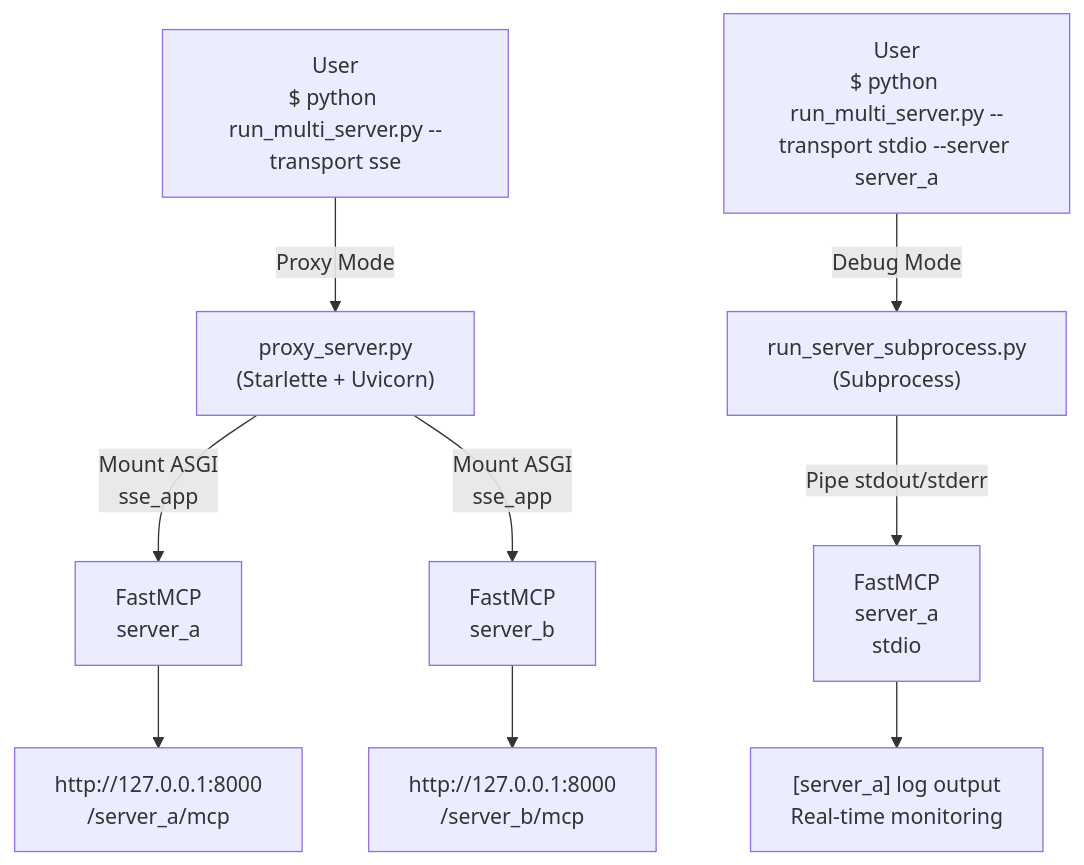
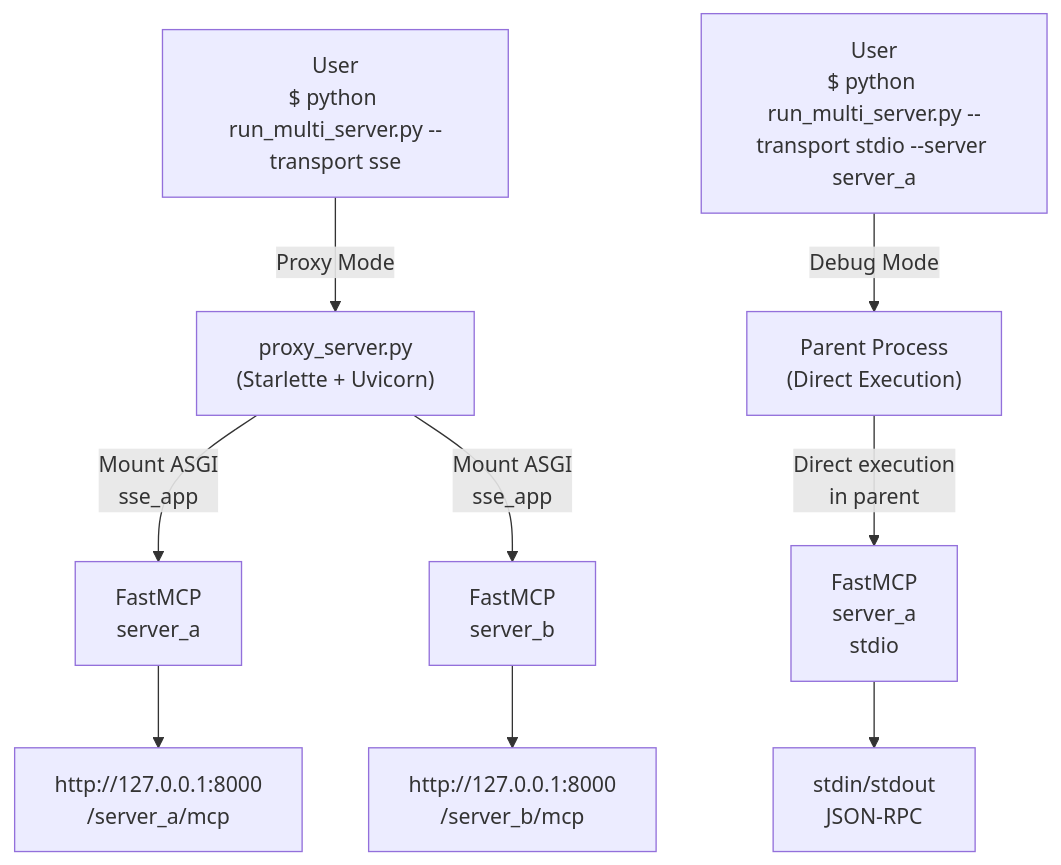
One commit to duwenji/mcp_layout_proposal changed the diagram in README.md. Above: the diagram before and after it, drawn with Mermaid. The commit also changed other lines of this file and 2 other files, not shown here.

Commit message:
Refactor debug mode to run server directly in parent process; remove subprocess script

````diff
--- a/README.md
+++ b/README.md
@@ -59,18 +58,18 @@
 ```mermaid
 graph TD
     A["User<br/>$ python run_multi_server.py --transport sse"]
     B["User<br/>$ python run_multi_server.py --transport stdio --server server_a"]
     
     A -->|Proxy Mode| PA["proxy_server.py<br/>(Starlette + Uvicorn)"]
-    B -->|Debug Mode| MB["run_server_subprocess.py<br/>(Subprocess)"]
+    B -->|Debug Mode| MB["Parent Process<br/>(Direct Execution)"]
     
     PA -->|Mount ASGI<br/>sse_app| SA["FastMCP<br/>server_a"]
     PA -->|Mount ASGI<br/>sse_app| SB["FastMCP<br/>server_b"]
     
-    MB -->|Pipe stdout/stderr| P1["FastMCP<br/>server_a<br/>stdio"]
+    MB -->|Direct execution<br/>in parent| P1["FastMCP<br/>server_a<br/>stdio"]
     
     SA --> EP_A["http://127.0.0.1:8000<br/>/server_a/mcp"]
     SB --> EP_B["http://127.0.0.1:8000<br/>/server_b/mcp"]
     
-    P1 --> LOG["[server_a] log output<br/>Real-time monitoring"]
+    P1 --> COMM["stdin/stdout<br/>JSON-RPC"]
 ```
````
